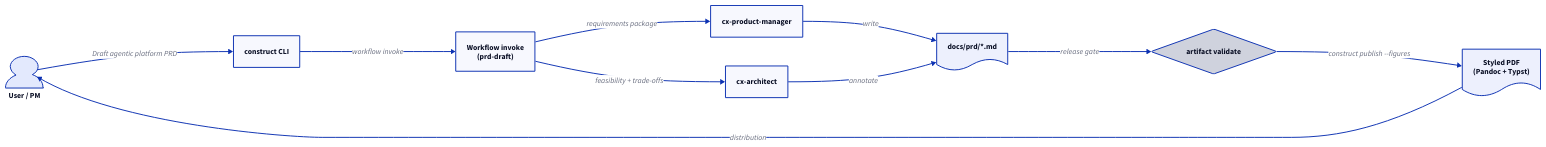
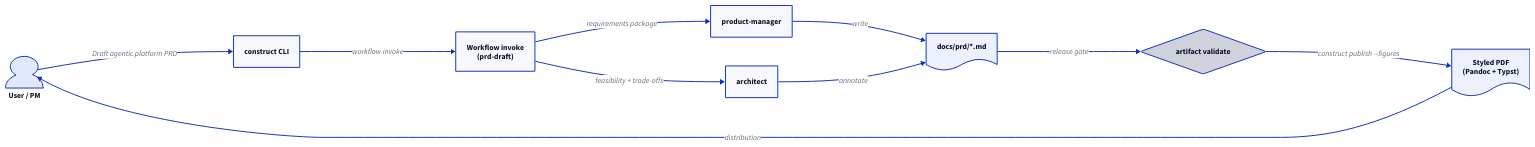
Before and after one commit to geraldmaron/construct: the diagram in tests/fixtures/publish/agentic-platforms-stub.md, drawn with D2. The commit also changed other lines of this file and 1347 other files, not shown here.

````diff
--- a/tests/fixtures/publish/agentic-platforms-stub.md
+++ b/tests/fixtures/publish/agentic-platforms-stub.md
@@ -42,38 +42,38 @@
 ```d2
 direction: right
 
 user: User / PM {
   shape: person
 }
 cli: construct CLI {
   shape: rectangle
 }
 router: Workflow invoke\n(prd-draft) {
   shape: rectangle
 }
-pm: cx-product-manager {
+pm: product-manager {
   shape: rectangle
 }
-arch: cx-architect {
+arch: architect {
   shape: rectangle
 }
 prd: docs/prd/*.md {
   shape: document
 }
 gate: artifact validate {
   shape: diamond
 }
 pdf: Styled PDF\n(Pandoc + Typst) {
   shape: document
 }
 
 user -> cli: "Draft agentic platform PRD"
 cli -> router: workflow invoke
 router -> pm: requirements package
 router -> arch: feasibility + trade-offs
 pm -> prd: write
 arch -> prd: annotate
 prd -> gate: release gate
 gate -> pdf: construct publish --figures
 pdf -> user: distribution
 ```
````
